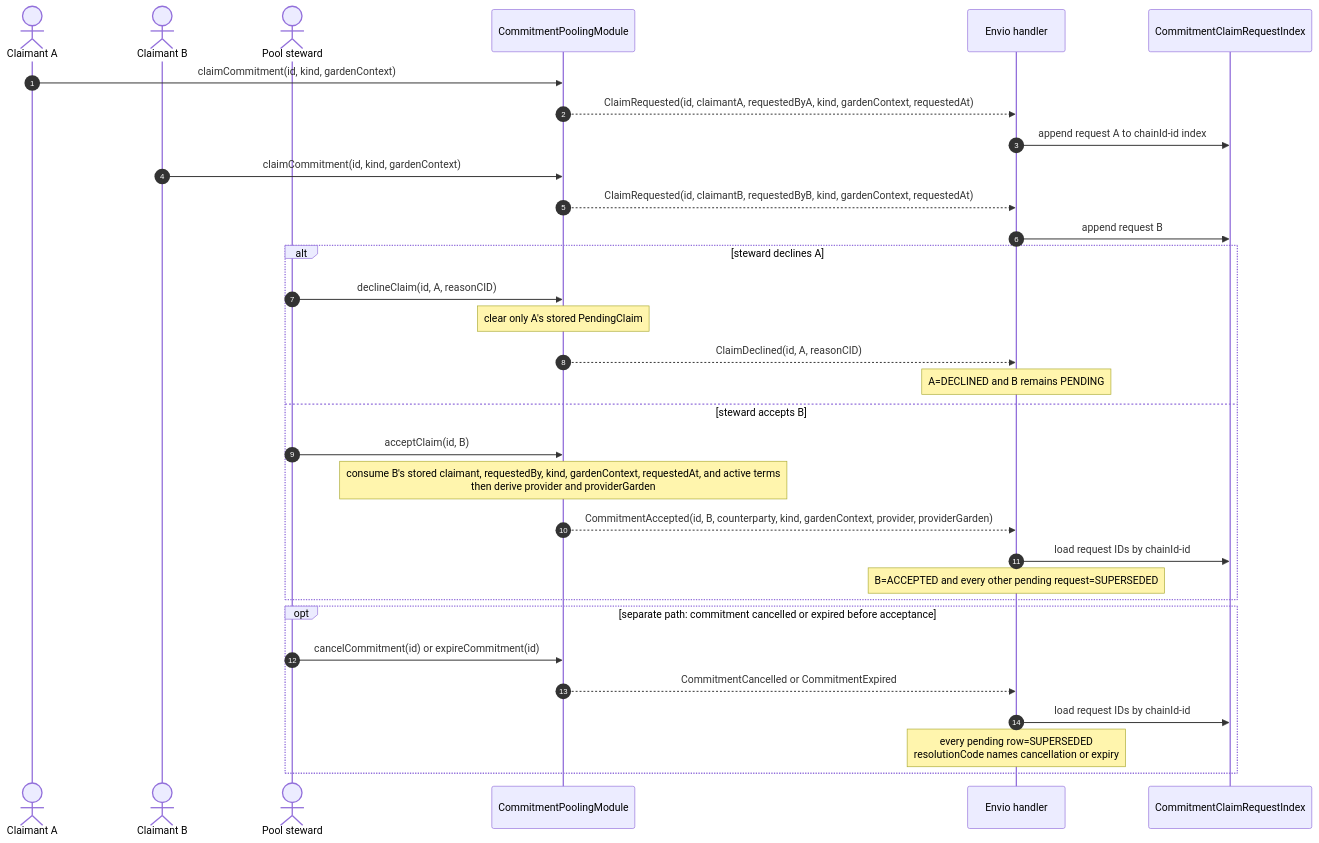
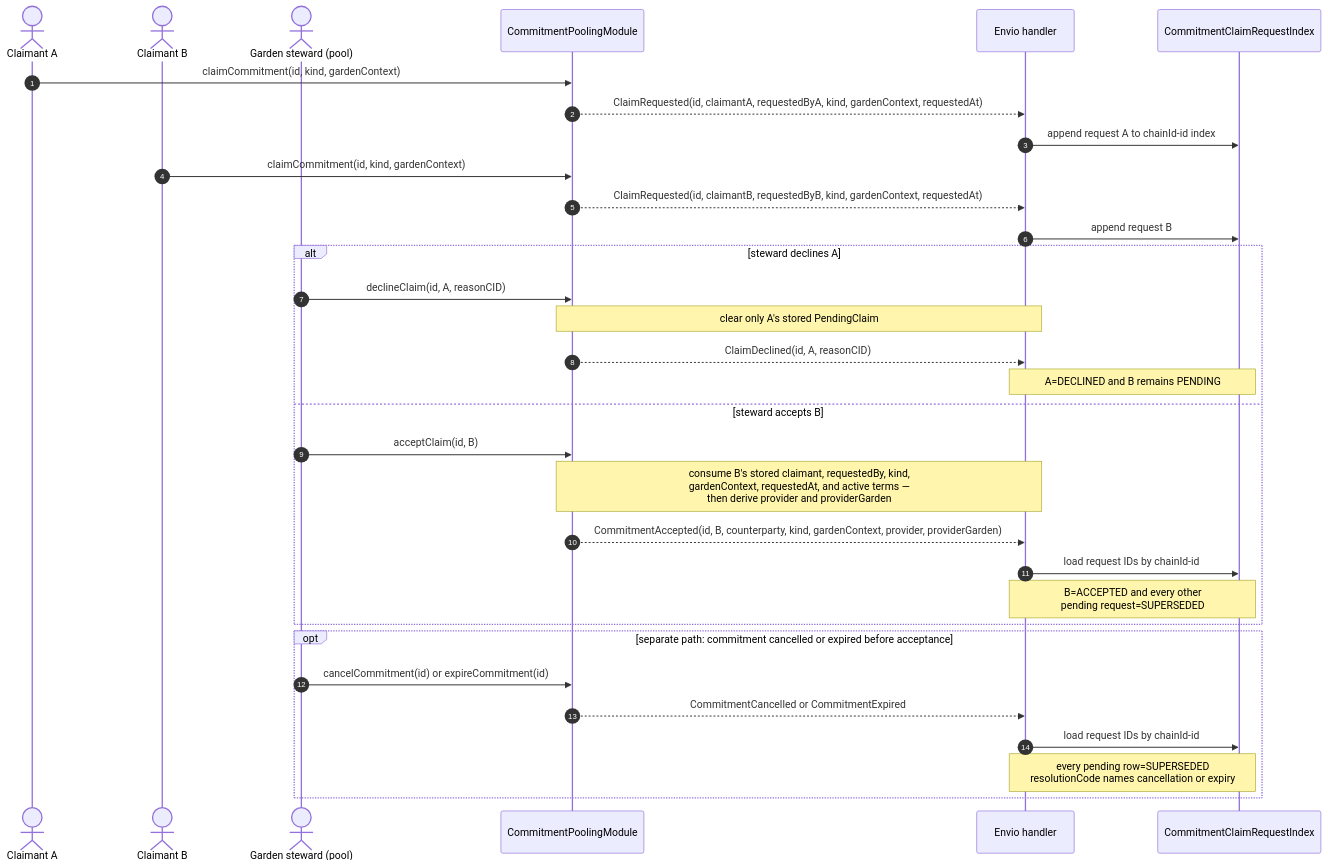
Diagram 16 of 18 in .plans/active/commitment-pooling/diagrams.md (greenpill-dev-guild/green-goods), drawn with Mermaid before and after one commit. The commit also changed other lines of this file and 20 other files, not shown here.

````diff
--- a/.plans/active/commitment-pooling/diagrams.md
+++ b/.plans/active/commitment-pooling/diagrams.md
@@ -670,35 +794,35 @@
 ```mermaid
 sequenceDiagram
   autonumber
   actor A as Claimant A
   actor B as Claimant B
-  actor OP as Pool steward
+  actor OP as Garden steward (pool)
   participant M as CommitmentPoolingModule
   participant IDX as Envio handler
   participant RI as CommitmentClaimRequestIndex
 
   A->>M: claimCommitment(id, kind, gardenContext)
   M-->>IDX: ClaimRequested(id, claimantA, requestedByA, kind, gardenContext, requestedAt)
   IDX->>RI: append request A to chainId-id index
   B->>M: claimCommitment(id, kind, gardenContext)
   M-->>IDX: ClaimRequested(id, claimantB, requestedByB, kind, gardenContext, requestedAt)
   IDX->>RI: append request B
   alt steward declines A
     OP->>M: declineClaim(id, A, reasonCID)
-    Note over M: clear only A's stored PendingClaim
+    Note over M,IDX: clear only A's stored PendingClaim
     M-->>IDX: ClaimDeclined(id, A, reasonCID)
-    Note over IDX: A=DECLINED and B remains PENDING
+    Note over IDX,RI: A=DECLINED and B remains PENDING
   else steward accepts B
     OP->>M: acceptClaim(id, B)
-    Note over M: consume B's stored claimant, requestedBy, kind, gardenContext, requestedAt, and active terms<br/>then derive provider and providerGarden
+    Note over M,IDX: consume B's stored claimant, requestedBy, kind,<br/>gardenContext, requestedAt, and active terms —<br/>then derive provider and providerGarden
     M-->>IDX: CommitmentAccepted(id, B, counterparty, kind, gardenContext, provider, providerGarden)
     IDX->>RI: load request IDs by chainId-id
-    Note over IDX: B=ACCEPTED and every other pending request=SUPERSEDED
+    Note over IDX,RI: B=ACCEPTED and every other<br/>pending request=SUPERSEDED
   end
   opt separate path: commitment cancelled or expired before acceptance
     OP->>M: cancelCommitment(id) or expireCommitment(id)
     M-->>IDX: CommitmentCancelled or CommitmentExpired
     IDX->>RI: load request IDs by chainId-id
-    Note over IDX: every pending row=SUPERSEDED<br/>resolutionCode names cancellation or expiry
+    Note over IDX,RI: every pending row=SUPERSEDED<br/>resolutionCode names cancellation or expiry
   end
 ```
````
